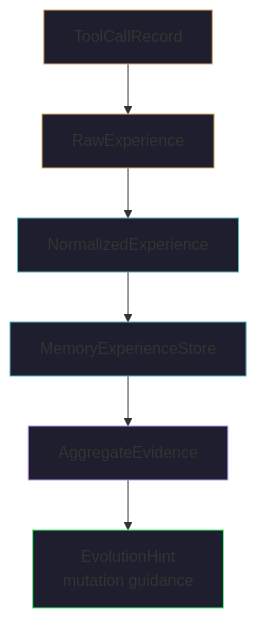
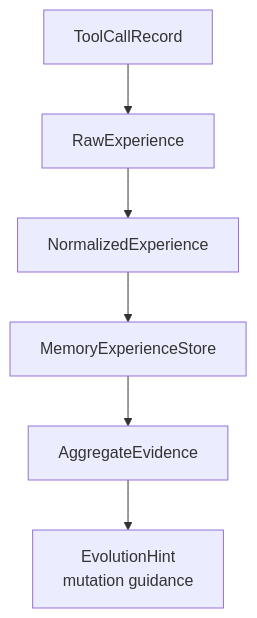
The seventh of 9 diagrams in content/log/ARES/11-autonomous-evolution-deep-dive.md (Timwood0x10/myblog), drawn with Mermaid before and after one commit. The commit also changed other lines of this file and 11 other files, not shown here.

Commit message:
refactor(theme): unify Mermaid chart theme styles

````diff
--- a/content/log/ARES/11-autonomous-evolution-deep-dive.md
+++ b/content/log/ARES/11-autonomous-evolution-deep-dive.md
@@ -1886,15 +1857,9 @@
 ```mermaid
 graph TD
     TCR[ToolCallRecord] --> RE[RawExperience]
     RE --> NE[NormalizedExperience]
     NE --> MES[MemoryExperienceStore]
     MES --> AE[AggregateEvidence]
     AE --> EH["EvolutionHint\nmutation guidance"]
 
-    style TCR fill:#1e1e2e,stroke:#e0af68
-    style RE fill:#1e1e2e,stroke:#e0af68
-    style NE fill:#1e1e2e,stroke:#56b6c2
-    style MES fill:#1e1e2e,stroke:#56b6c2
-    style AE fill:#1e1e2e,stroke:#bd93f9
-    style EH fill:#1e1e2e,stroke:#50fa7b
 ```
````
